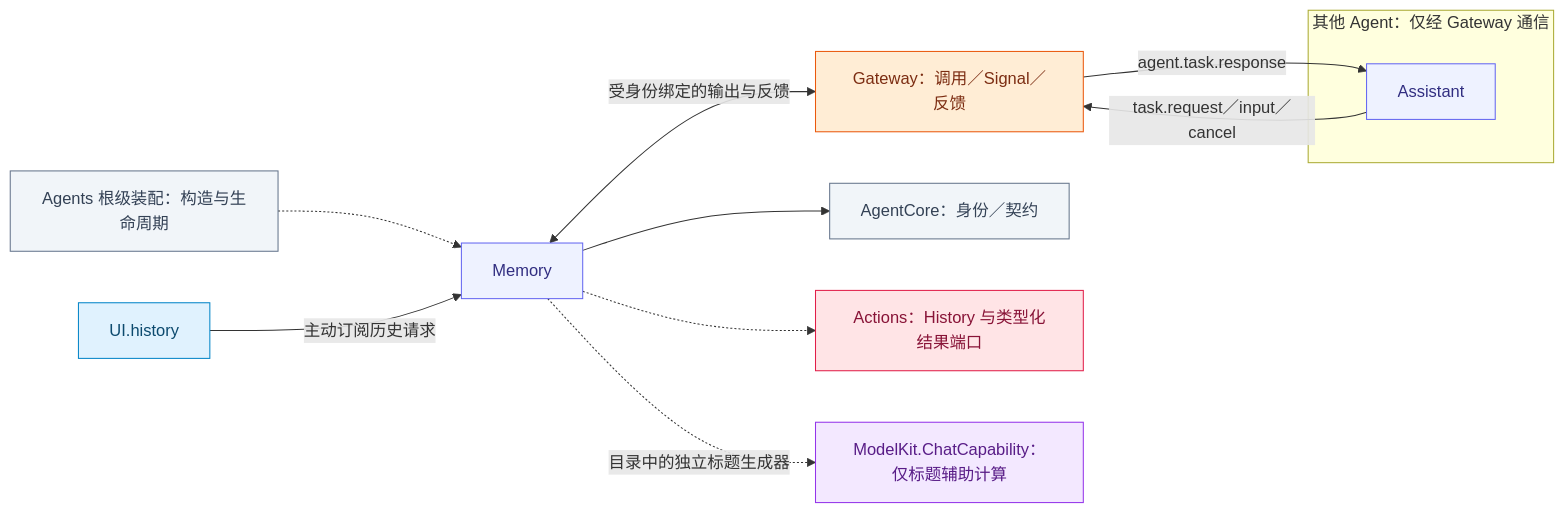
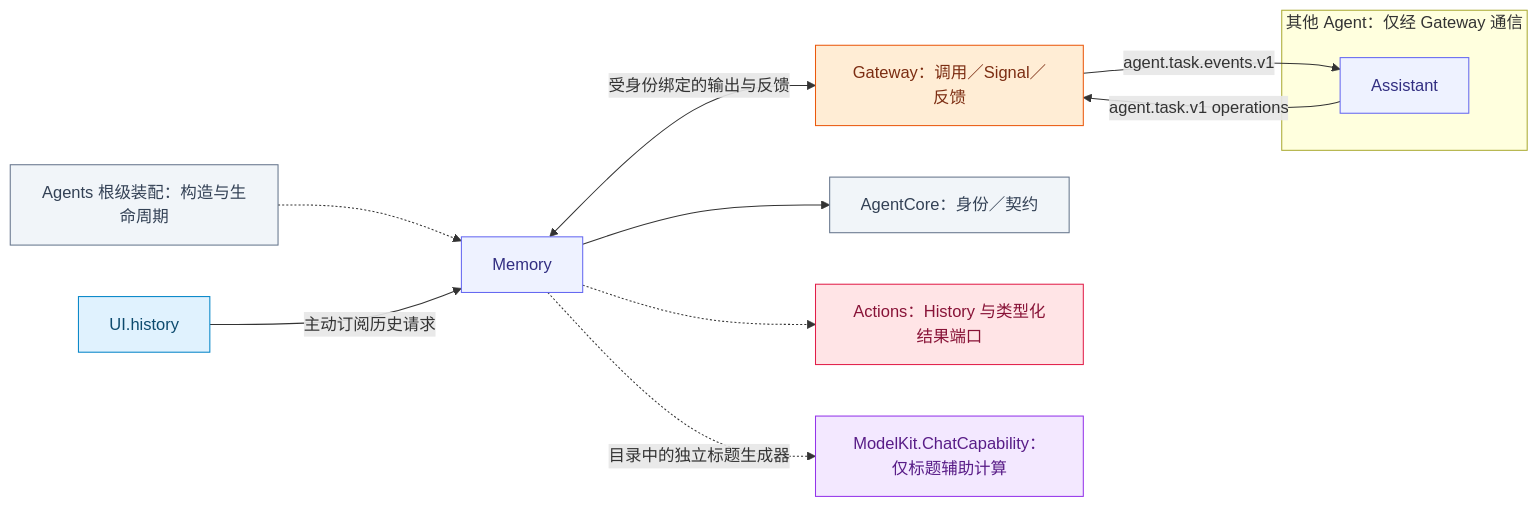
One commit to devilyouwei/MobileHarness changed the first of 2 diagrams in MobileHarness/Agents/Memory/README.md. Above: the diagram before and after it, drawn with Mermaid. The commit also changed 246 other files, not shown here.

````diff
--- a/MobileHarness/Agents/Memory/README.md
+++ b/MobileHarness/Agents/Memory/README.md
@@ -31,30 +31,30 @@
 ```mermaid
 flowchart LR
  A["Memory"]:::agent
  G["Gateway：调用／Signal／反馈"]:::gateway
  C["AgentCore：身份／契约"]:::host
  H["Agents 根级装配：构造与生命周期"]:::host
  H -.-> A
  A --> C
  A <-->|"受身份绑定的输出与反馈"| G
  U["UI.history"]:::ui
  U -->|"主动订阅历史请求"| A
  X["Actions：History 与类型化结果端口"]:::action
  A -.-> X
  M["ModelKit.ChatCapability：仅标题辅助计算"]:::model
  A -.->|"目录中的独立标题生成器"| M
  subgraph Peers["其他 Agent：仅经 Gateway 通信"]
  AS["Assistant"]:::agent
  end
- AS -->|"task.request／input／cancel"| G
- G -->|"agent.task.response"| AS
+ AS -->|"agent.task.v1 operations"| G
+ G -->|"agent.task.events.v1"| AS
 
  classDef ui fill:#e0f2fe,stroke:#0284c7,color:#0c4a6e
  classDef platform fill:#dcfce7,stroke:#16a34a,color:#14532d
  classDef model fill:#f3e8ff,stroke:#9333ea,color:#581c87
  classDef storage fill:#fef3c7,stroke:#d97706,color:#78350f
  classDef agent fill:#eef2ff,stroke:#6366f1,color:#312e81
  classDef gateway fill:#ffedd5,stroke:#ea580c,color:#7c2d12
  classDef action fill:#ffe4e6,stroke:#e11d48,color:#881337
  classDef host fill:#f1f5f9,stroke:#64748b,color:#334155
 ```
````
